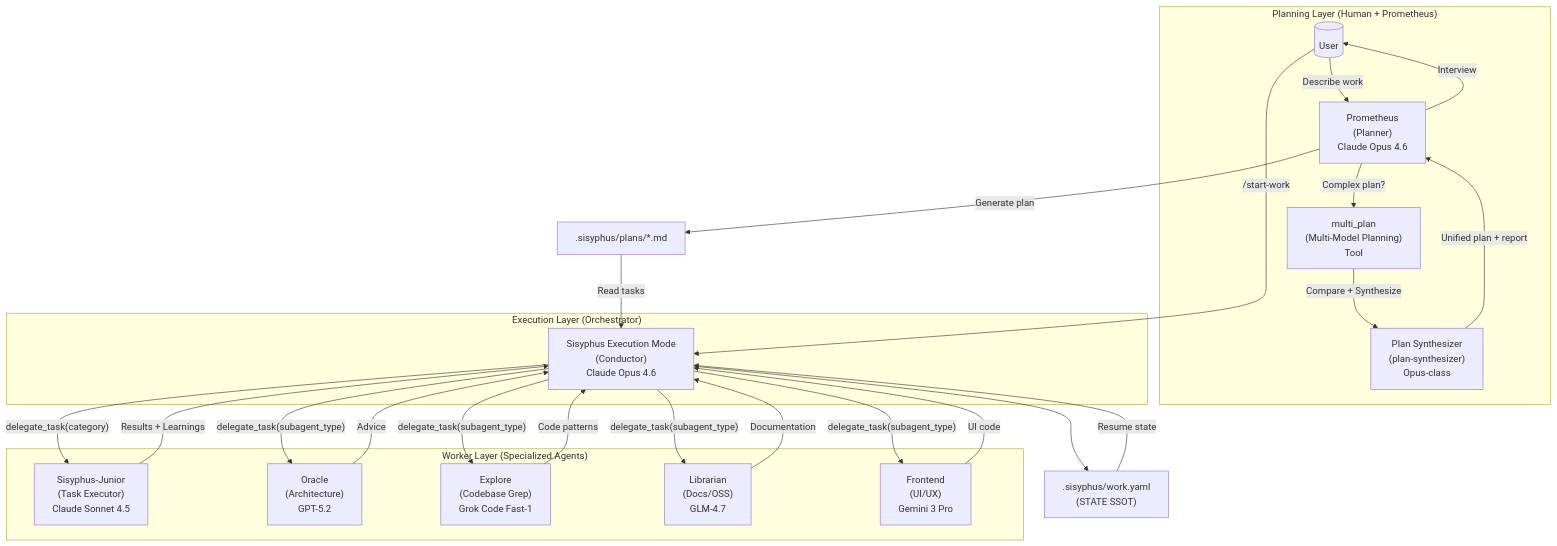
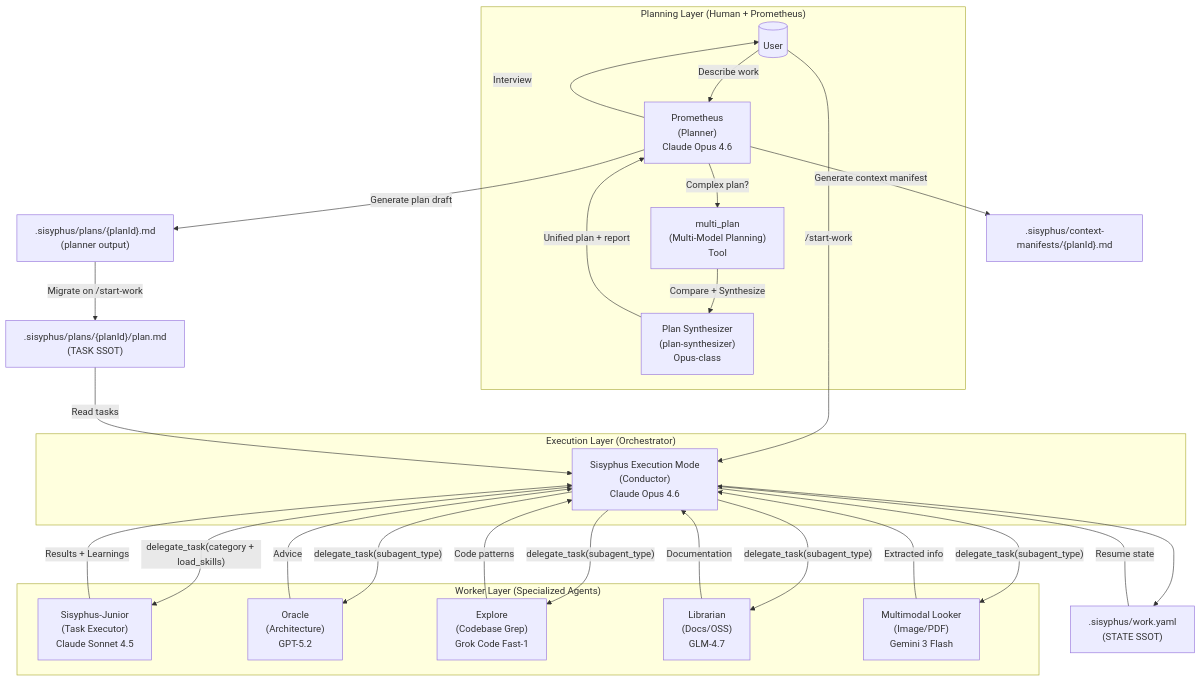
One commit to arcthur/oh-my-opencode changed the first of 4 diagrams in docs/guide/understanding-orchestration-system.md. Above: the diagram before and after it, drawn with Mermaid. The commit also changed other lines of this file and 49 other files, not shown here.

````diff
--- a/docs/guide/understanding-orchestration-system.md
+++ b/docs/guide/understanding-orchestration-system.md
@@ -22,45 +22,47 @@
 ```mermaid
 flowchart TB
     subgraph Planning["Planning Layer (Human + Prometheus)"]
         User[("User")]
         Prometheus["Prometheus<br/>(Planner)<br/>Claude Opus 4.6"]
         MultiPlan["multi_plan<br/>(Multi-Model Planning)<br/>Tool"]
         Synth["Plan Synthesizer<br/>(plan-synthesizer)<br/>Opus-class"]
     end
     
     subgraph Execution["Execution Layer (Orchestrator)"]
         Orchestrator["Sisyphus Execution Mode<br/>(Conductor)<br/>Claude Opus 4.6"]
     end
     
     subgraph Workers["Worker Layer (Specialized Agents)"]
         Junior["Sisyphus-Junior<br/>(Task Executor)<br/>Claude Sonnet 4.5"]
         Oracle["Oracle<br/>(Architecture)<br/>GPT-5.2"]
         Explore["Explore<br/>(Codebase Grep)<br/>Grok Code Fast-1"]
         Librarian["Librarian<br/>(Docs/OSS)<br/>GLM-4.7"]
-        Frontend["Frontend<br/>(UI/UX)<br/>Gemini 3 Pro"]
+        Multimodal["Multimodal Looker<br/>(Image/PDF)<br/>Gemini 3 Flash"]
     end
     
     User -->|"Describe work"| Prometheus
     Prometheus -->|"Interview"| User
-    Prometheus -->|"Generate plan"| Plan[".sisyphus/plans/*.md"]
+    Prometheus -->|"Generate plan draft"| PlanDraft[".sisyphus/plans/{planId}.md<br/>(planner output)"]
+    Prometheus -->|"Generate context manifest"| Manifest[".sisyphus/context-manifests/{planId}.md"]
     Prometheus -->|"Complex plan?"| MultiPlan
     MultiPlan -->|"Compare + Synthesize"| Synth
     Synth -->|"Unified plan + report"| Prometheus
     
     User -->|"/start-work"| Orchestrator
     Orchestrator --> WorkState[".sisyphus/work.yaml<br/>(STATE SSOT)"]
+    PlanDraft -->|"Migrate on /start-work"| Plan[".sisyphus/plans/{planId}/plan.md<br/>(TASK SSOT)"]
     Plan -->|"Read tasks"| Orchestrator
     WorkState -->|"Resume state"| Orchestrator
     
-    Orchestrator -->|"delegate_task(category)"| Junior
+    Orchestrator -->|"delegate_task(category + load_skills)"| Junior
     Orchestrator -->|"delegate_task(subagent_type)"| Oracle
     Orchestrator -->|"delegate_task(subagent_type)"| Explore
     Orchestrator -->|"delegate_task(subagent_type)"| Librarian
-    Orchestrator -->|"delegate_task(subagent_type)"| Frontend
+    Orchestrator -->|"delegate_task(subagent_type)"| Multimodal
     
     Junior -->|"Results + Learnings"| Orchestrator
     Oracle -->|"Advice"| Orchestrator
     Explore -->|"Code patterns"| Orchestrator
     Librarian -->|"Documentation"| Orchestrator
-    Frontend -->|"UI code"| Orchestrator
+    Multimodal -->|"Extracted info"| Orchestrator
 ```
````
